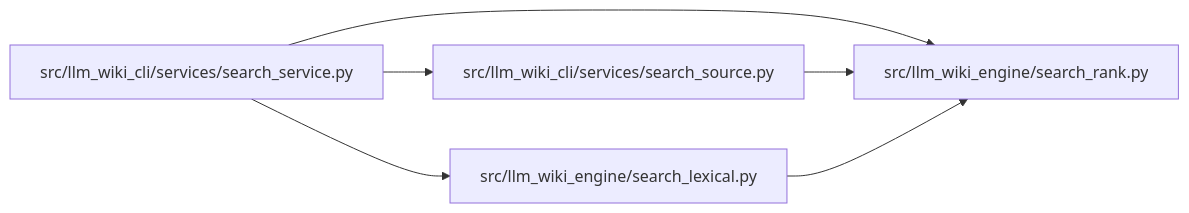
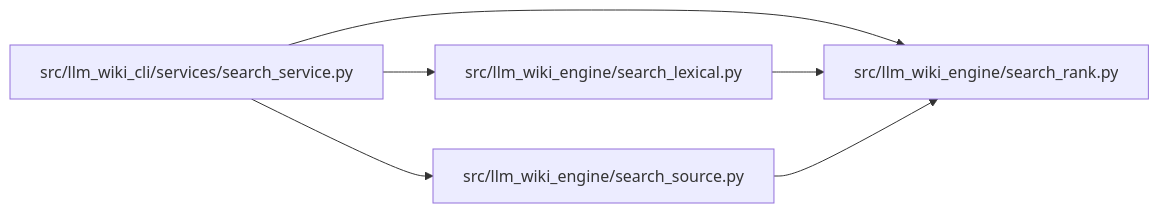
Before and after one commit to Denissvgn/python-wiki-llm: the diagram in docs/llm_wiki/modules/search_rank.md, drawn with Mermaid. The commit also changed 1058 other files, not shown here.

````diff
--- a/docs/llm_wiki/modules/search_rank.md
+++ b/docs/llm_wiki/modules/search_rank.md
@@ -29,16 +29,16 @@
 ```mermaid
 flowchart LR
     n0["src/llm_wiki_cli/services/search_service.py"]
-    n1["src/llm_wiki_cli/services/search_source.py"]
-    n2["src/llm_wiki_engine/search_lexical.py"]
-    n3["src/llm_wiki_engine/search_rank.py"]
+    n1["src/llm_wiki_engine/search_lexical.py"]
+    n2["src/llm_wiki_engine/search_rank.py"]
+    n3["src/llm_wiki_engine/search_source.py"]
     n0 --> n1
     n0 --> n2
     n0 --> n3
-    n1 --> n3
-    n2 --> n3
+    n1 --> n2
+    n3 --> n2
     click n0 "../modules/search_service.md"
-    click n1 "../modules/search_source.md"
-    click n2 "../modules/search_lexical.md"
-    click n3 "../modules/search_rank.md"
+    click n1 "../modules/search_lexical.md"
+    click n2 "../modules/search_rank.md"
+    click n3 "../modules/search_source.md"
 ```
````
